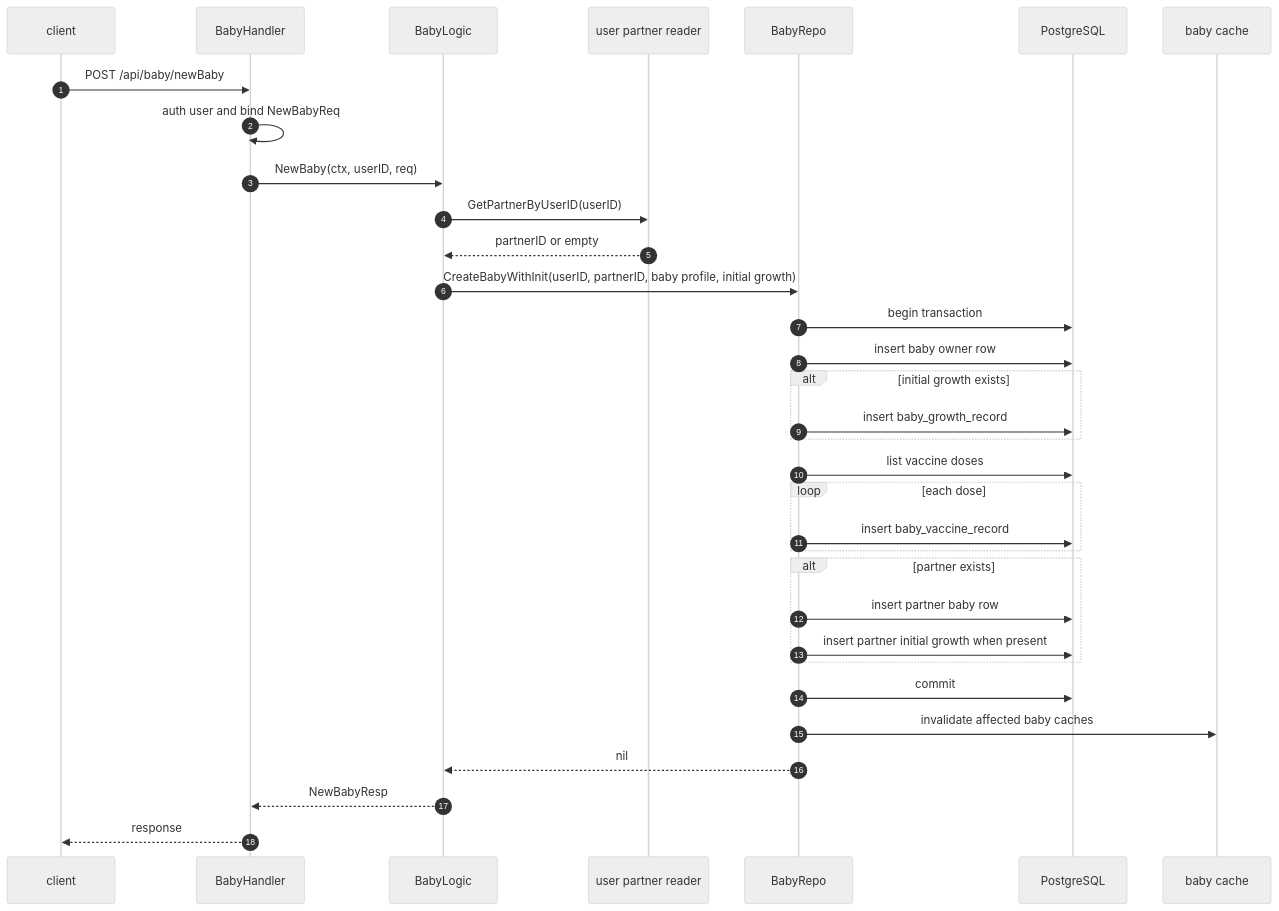
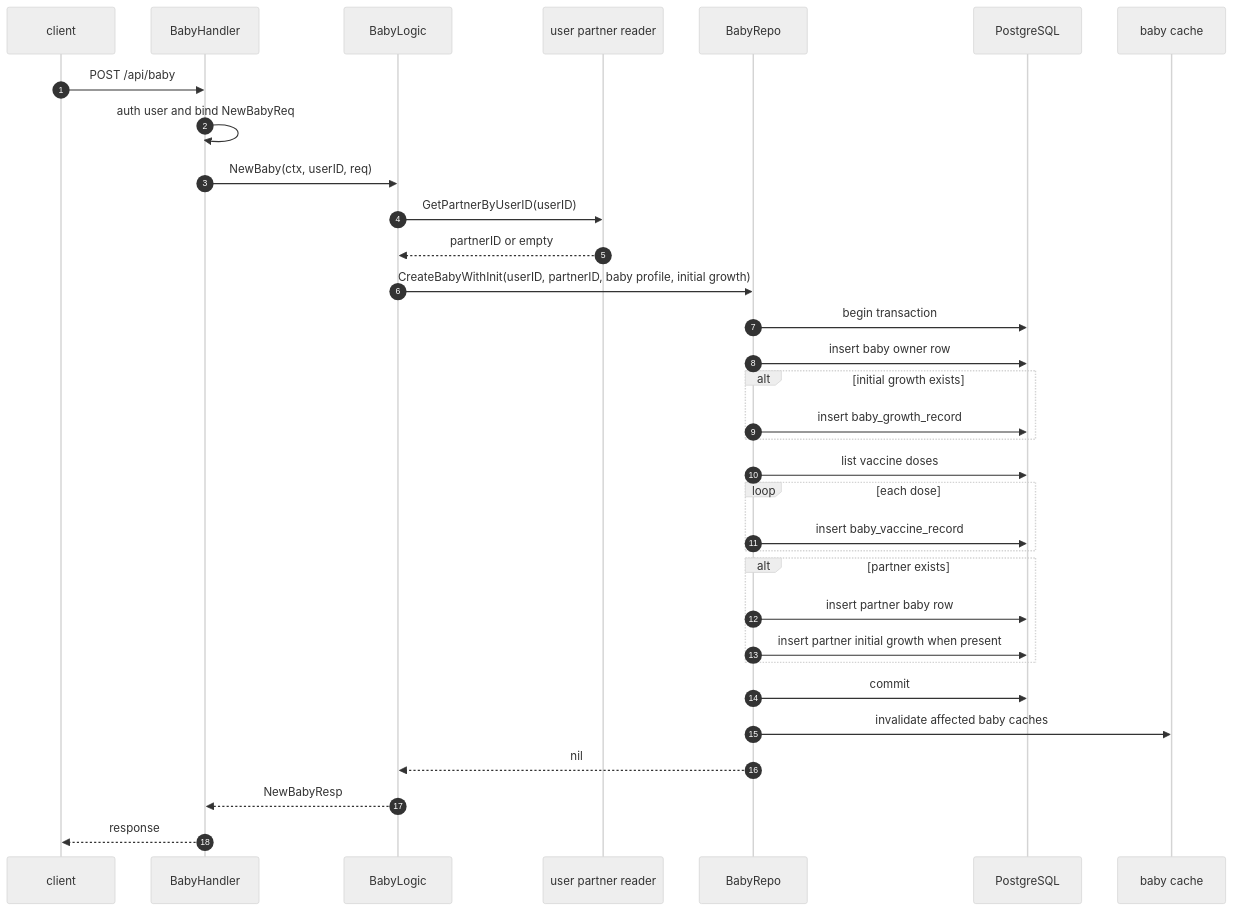
The third of 6 diagrams in internal/baby/doc/README.md (Goblin-Master/nurture), drawn with Mermaid (neutral theme) before and after one commit. The commit also changed other lines of this file and 8 other files, not shown here.

````diff
--- a/internal/baby/doc/README.md
+++ b/internal/baby/doc/README.md
@@ -57,36 +57,36 @@
 ```mermaid
 sequenceDiagram
   autonumber
   participant Client as client
   participant Handler as BabyHandler
   participant Logic as BabyLogic
   participant User as user partner reader
   participant Repo as BabyRepo
   participant DB as PostgreSQL
   participant Cache as baby cache
 
-  Client->>Handler: POST /api/baby/newBaby
+  Client->>Handler: POST /api/baby
   Handler->>Handler: auth user and bind NewBabyReq
   Handler->>Logic: NewBaby(ctx, userID, req)
   Logic->>User: GetPartnerByUserID(userID)
   User-->>Logic: partnerID or empty
   Logic->>Repo: CreateBabyWithInit(userID, partnerID, baby profile, initial growth)
   Repo->>DB: begin transaction
   Repo->>DB: insert baby owner row
   alt initial growth exists
     Repo->>DB: insert baby_growth_record
   end
   Repo->>DB: list vaccine doses
   loop each dose
     Repo->>DB: insert baby_vaccine_record
   end
   alt partner exists
     Repo->>DB: insert partner baby row
     Repo->>DB: insert partner initial growth when present
   end
   Repo->>DB: commit
   Repo->>Cache: invalidate affected baby caches
   Repo-->>Logic: nil
   Logic-->>Handler: NewBabyResp
   Handler-->>Client: response
 ```
````
